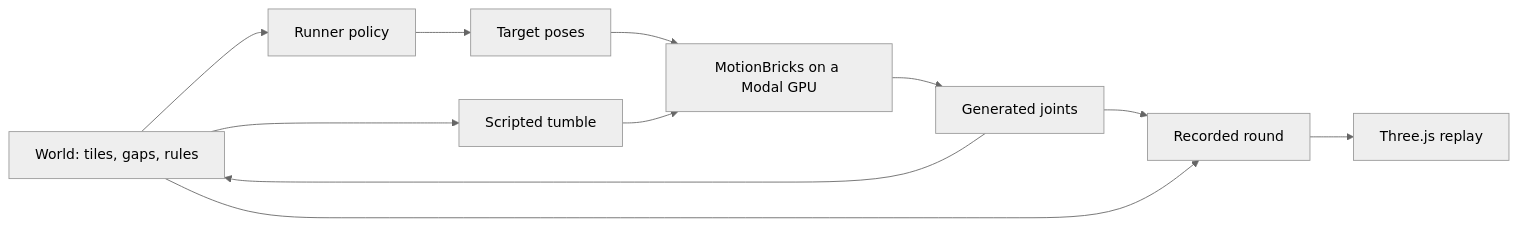
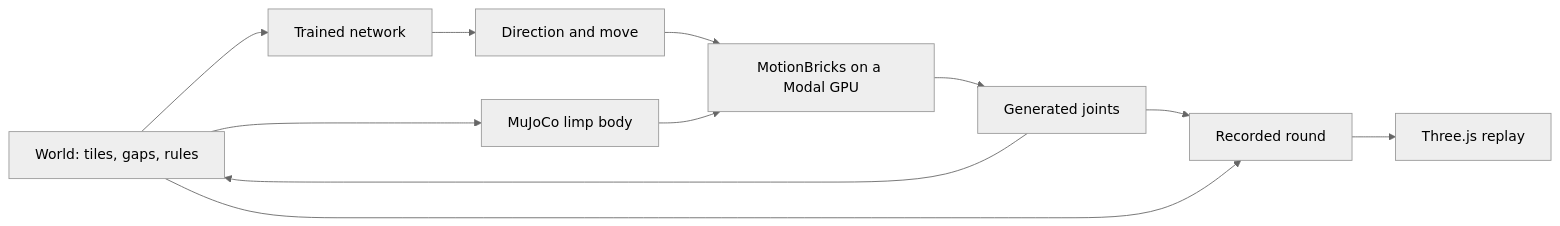
The first of 2 diagrams in README.md (EnesYilmazcode/MotionGuys), drawn with Mermaid (neutral theme) before and after one commit. The commit also changed other lines of this file and 6 other files, not shown here.

````diff
--- a/README.md
+++ b/README.md
@@ -22,13 +101,13 @@
 ```mermaid
 flowchart LR
-  W["World: tiles, gaps, rules"] --> P["Runner policy"]
-  P --> T["Target poses"]
+  W["World: tiles, gaps, rules"] --> P["Trained network"]
+  P --> T["Direction and move"]
   T --> M["MotionBricks on a Modal GPU"]
   M --> J["Generated joints"]
   J --> W
-  W --> K["Scripted tumble"]
+  W --> K["MuJoCo limp body"]
   K --> M
   J --> R["Recorded round"]
   W --> R
   R --> V["Three.js replay"]
 ```
````
